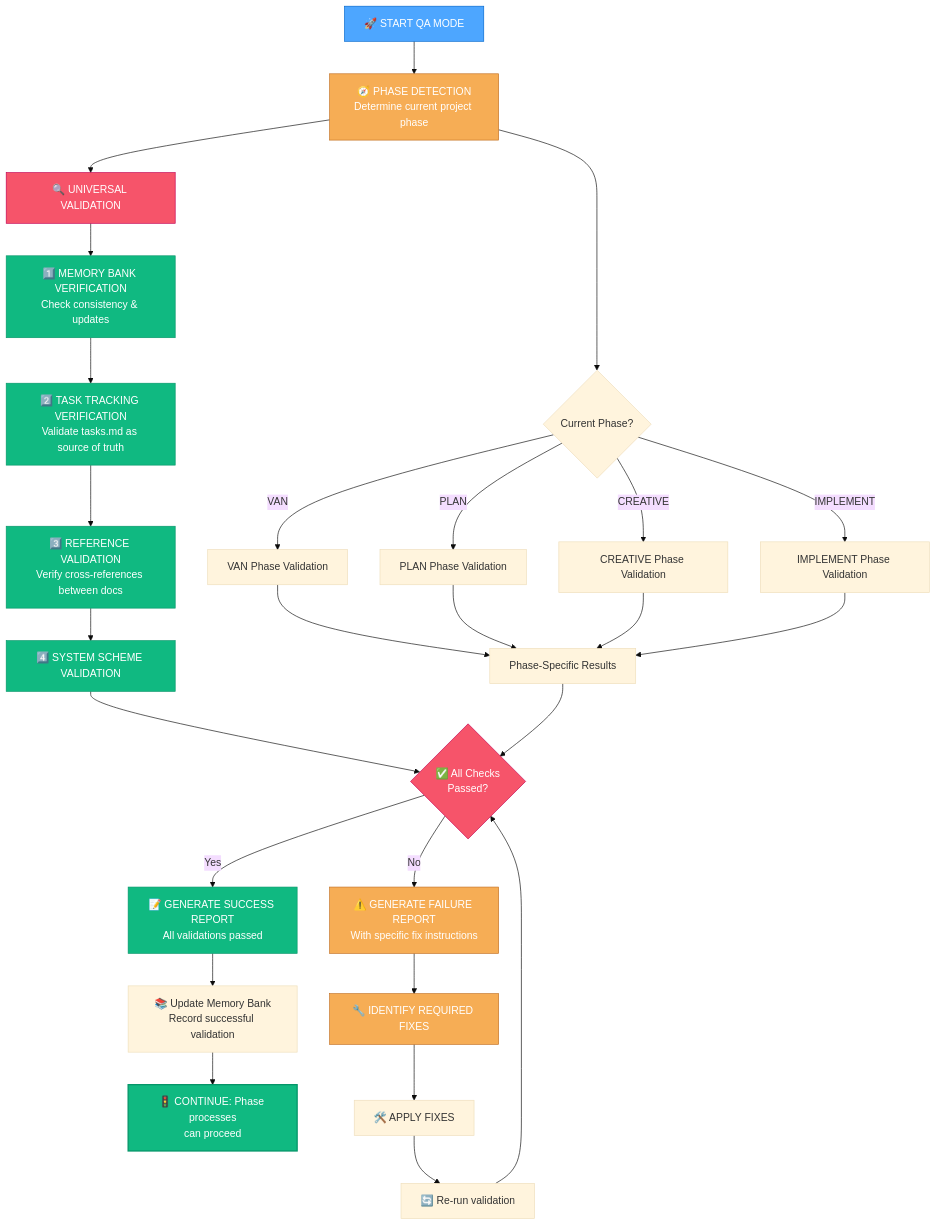
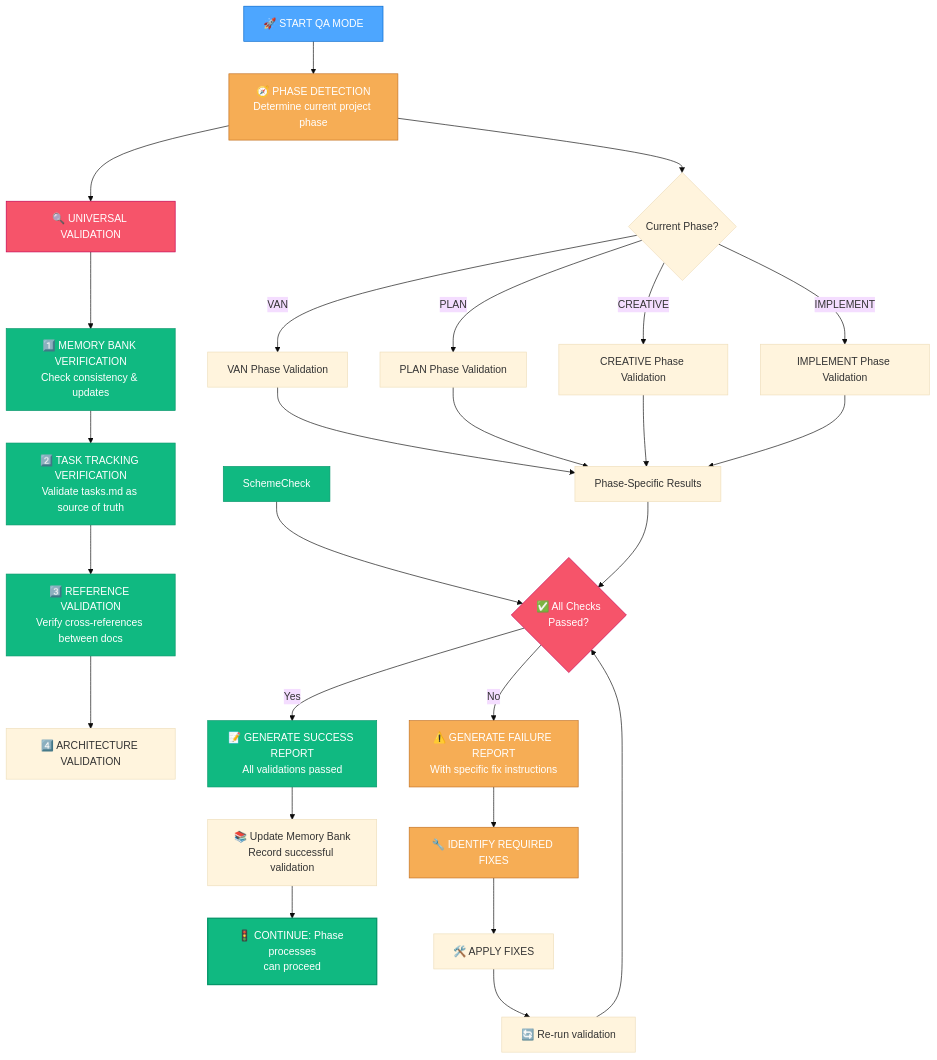
One commit to DennisGrammes/arc42-memory-bank changed the first of 10 diagrams in .github/instructions/rules/isolation_rules/visual-maps/qa-mode-map.md. Above: the diagram before and after it, drawn with Mermaid (base theme). The commit also changed 25 other files, not shown here.

First line of the commit message:
feat: Migrate from C4 model to arc42 architecture documentation

````diff
--- a/.github/instructions/rules/isolation_rules/visual-maps/qa-mode-map.md
+++ b/.github/instructions/rules/isolation_rules/visual-maps/qa-mode-map.md
@@ -12,50 +12,50 @@
 ```mermaid
 graph TD
     Start["🚀 START QA MODE"] --> DetectPhase["🧭 PHASE DETECTION<br>Determine current project phase"]
     
     %% Phase detection decision path
     DetectPhase --> PhaseDetermination{"Current Phase?"}
     PhaseDetermination -->|"VAN"| VANChecks["VAN Phase Validation"]
     PhaseDetermination -->|"PLAN"| PLANChecks["PLAN Phase Validation"]
     PhaseDetermination -->|"CREATIVE"| CREATIVEChecks["CREATIVE Phase Validation"] 
     PhaseDetermination -->|"IMPLEMENT"| IMPLEMENTChecks["IMPLEMENT Phase Validation"]
     
     %% Universal checks that apply to all phases
     DetectPhase --> UniversalChecks["🔍 UNIVERSAL VALIDATION"]
     UniversalChecks --> MemoryBankCheck["1️⃣ MEMORY BANK VERIFICATION<br>Check consistency & updates"]
     MemoryBankCheck --> TaskTrackingCheck["2️⃣ TASK TRACKING VERIFICATION<br>Validate tasks.md as source of truth"]
     TaskTrackingCheck --> ReferenceCheck["3️⃣ REFERENCE VALIDATION<br>Verify cross-references between docs"]
-    ReferenceCheck --> SchemeCheck["4️⃣ SYSTEM SCHEME VALIDATION"]
+    ReferenceCheck --> ArchCheck["4️⃣ ARCHITECTURE VALIDATION"]
 
     %% Phase-specific validations feed into comprehensive report
     VANChecks & PLANChecks & CREATIVEChecks & IMPLEMENTChecks --> PhaseSpecificResults["Phase-Specific Results"]
     SchemeCheck & PhaseSpecificResults --> ValidationResults{"✅ All Checks<br>Passed?"}
     
     %% Results Processing
     ValidationResults -->|"Yes"| SuccessReport["📝 GENERATE SUCCESS REPORT<br>All validations passed"]
     ValidationResults -->|"No"| FailureReport["⚠️ GENERATE FAILURE REPORT<br>With specific fix instructions"]
     
     %% Success Path
     SuccessReport --> UpdateMB["📚 Update Memory Bank<br>Record successful validation"]
     UpdateMB --> ContinueProcess["🚦 CONTINUE: Phase processes<br>can proceed"]
     
     %% Failure Path
     FailureReport --> IdentifyFixes["🔧 IDENTIFY REQUIRED FIXES"]
     IdentifyFixes --> ApplyFixes["🛠️ APPLY FIXES"]
     ApplyFixes --> Revalidate["🔄 Re-run validation"]
     Revalidate --> ValidationResults
     
     %% Style nodes for clarity
     style Start fill:#4da6ff,stroke:#0066cc,color:white
     style DetectPhase fill:#f6ad55,stroke:#c27022,color:white
     style UniversalChecks fill:#f6546a,stroke:#c30052,color:white
     style MemoryBankCheck fill:#10b981,stroke:#059669,color:white
     style TaskTrackingCheck fill:#10b981,stroke:#059669,color:white
     style ReferenceCheck fill:#10b981,stroke:#059669,color:white
     style SchemeCheck fill:#10b981,stroke:#059669,color:white
     style ValidationResults fill:#f6546a,stroke:#c30052,color:white
     style SuccessReport fill:#10b981,stroke:#059669,color:white
     style FailureReport fill:#f6ad55,stroke:#c27022,color:white
     style ContinueProcess fill:#10b981,stroke:#059669,color:white,stroke-width:2px
     style IdentifyFixes fill:#f6ad55,stroke:#c27022,color:white
 ```
````
